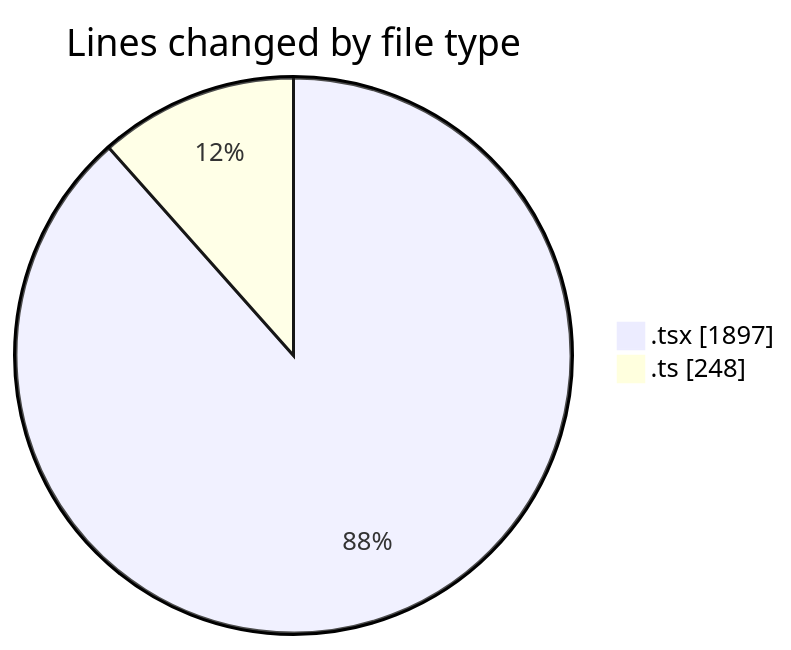
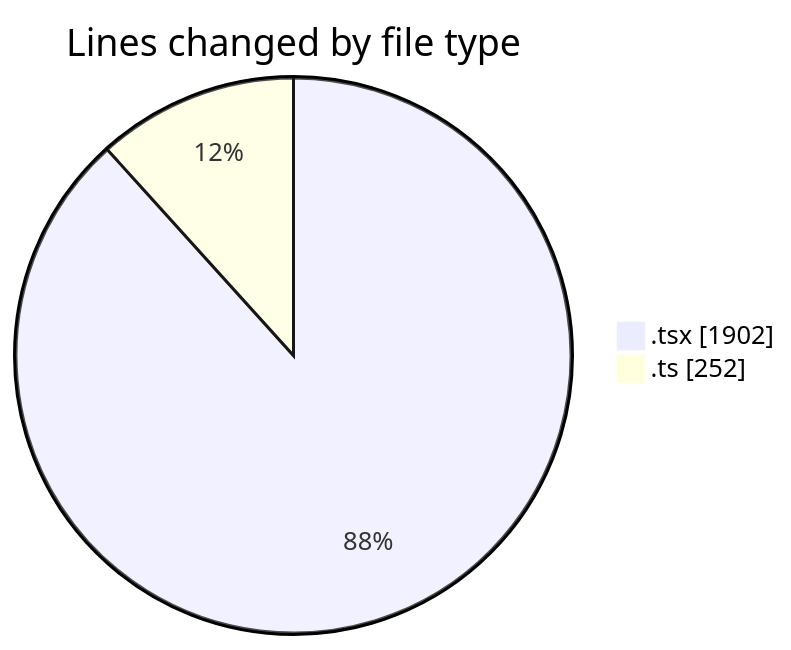
Before and after one commit to nxtqubesakshisongat/code-tracking: the first of 2 diagrams in 2026-05-14/nxtqube_webapp/README.md, drawn with Mermaid. The commit also changed other lines of this file and 1 other file, not shown here.

````diff
--- a/2026-05-14/nxtqube_webapp/README.md
+++ b/2026-05-14/nxtqube_webapp/README.md
@@ -22,6 +22,6 @@
 ```mermaid
 pie showData
 title Lines changed by file type
-".tsx" : 1897
-".ts" : 248
+".tsx" : 1902
+".ts" : 252
 ```
````
